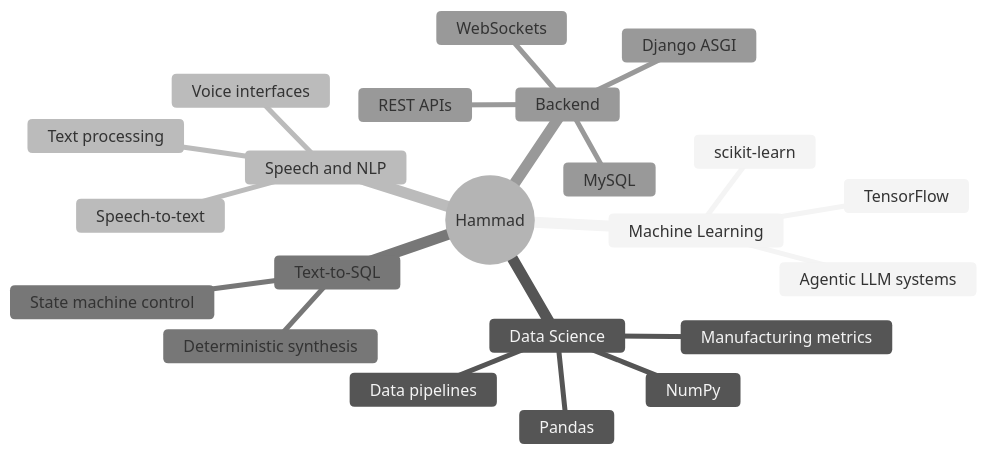
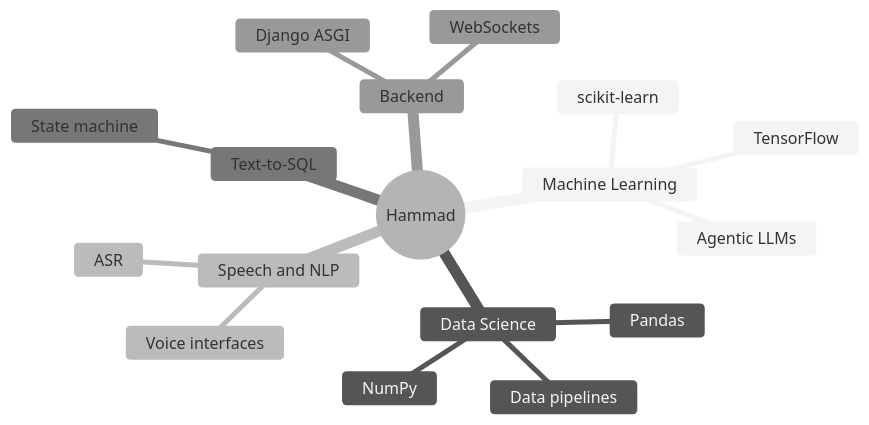
Before and after one commit to Hammad-5705/Hammad-5705: the first of 4 diagrams in README.md, drawn with Mermaid (neutral theme). The commit also changed other lines of this file, not shown here.

````diff
--- a/README.md
+++ b/README.md
@@ -101,25 +78,20 @@
 ```mermaid
 mindmap
   root((Hammad))
     Machine Learning
       TensorFlow
       scikit-learn
-      Agentic LLM systems
+      Agentic LLMs
     Data Science
       Pandas
       NumPy
       Data pipelines
-      Manufacturing metrics
     Speech and NLP
-      Speech-to-text
+      ASR
       Voice interfaces
-      Text processing
     Text-to-SQL
-      State machine control
-      Deterministic synthesis
+      State machine
     Backend
       Django ASGI
       WebSockets
-      REST APIs
-      MySQL
 ```
````
